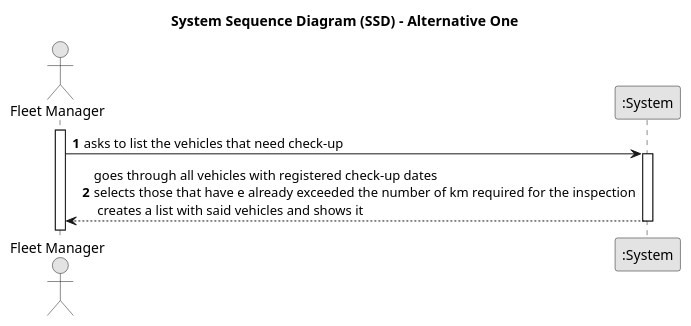
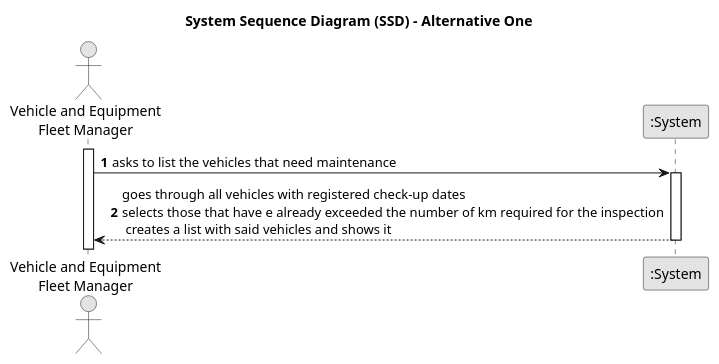
The diagram in docs/sprint2/us008/01.requirements-engineering/puml/us008-system-sequence-diagram-alternative-one.puml (tiagosoa/lei-24-s2-1dgh-g073), drawn with PlantUML before and after one commit. The commit also changed 29 other files, not shown here.

```diff
--- a/docs/sprint2/us008/01.requirements-engineering/puml/us008-system-sequence-diagram-alternative-one.puml
+++ b/docs/sprint2/us008/01.requirements-engineering/puml/us008-system-sequence-diagram-alternative-one.puml
@@ -1,21 +1,21 @@
 @startuml
 skinparam monochrome true
 skinparam packageStyle rectangle
 skinparam shadowing false
 
 title System Sequence Diagram (SSD) - Alternative One
 
 autonumber
 
-actor "Fleet Manager" as Employee
+actor "Vehicle and Equipment\nFleet Manager" as Employee
 participant ":System" as System
 
 activate Employee
 
-    Employee -> System : asks to list the vehicles that need check-up
+    Employee -> System : asks to list the vehicles that need maintenance
     activate System
 
         System --> Employee : goes through all vehicles with registered check-up dates\nselects those that have e already exceeded the number of km required for the inspection\n creates a list with said vehicles and shows it
     deactivate System
 
 @enduml
```
